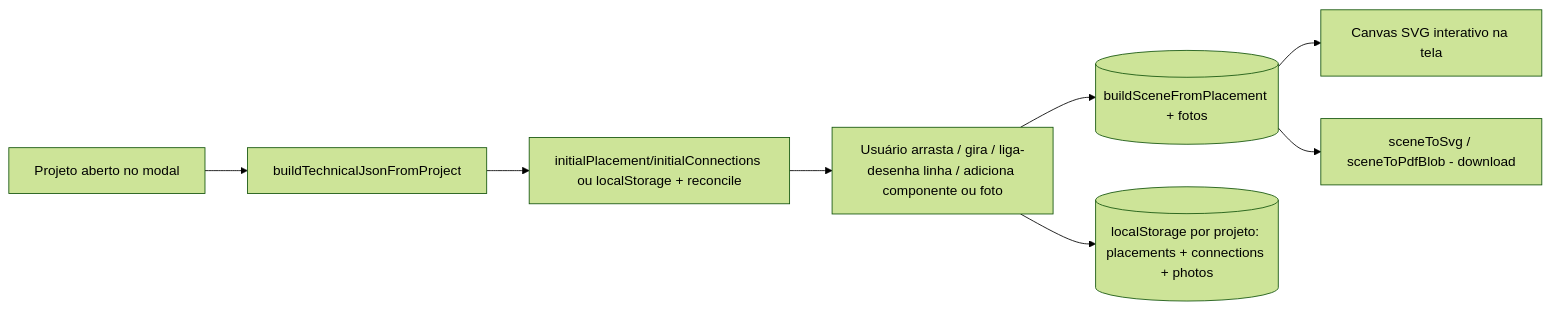
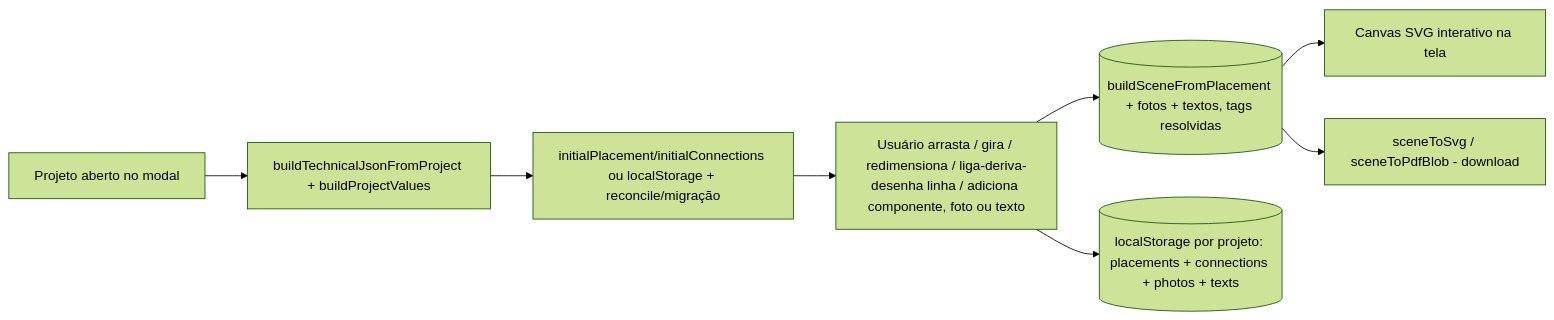
One commit to luixera/pv-harmony-hub changed the diagram in docs/modules/diagrams/overview.md. Above: the diagram before and after it, drawn with Mermaid (forest theme). The commit also changed other lines of this file and 9 other files, not shown here.

````diff
--- a/docs/modules/diagrams/overview.md
+++ b/docs/modules/diagrams/overview.md
@@ -108,10 +161,10 @@
 ```mermaid
 flowchart LR
-  Proj[Projeto aberto no modal] --> Build[buildTechnicalJsonFromProject]
-  Build --> Init[initialPlacement/initialConnections ou localStorage + reconcile]
-  Init --> Edit[Usuário arrasta / gira / liga-desenha linha / adiciona componente ou foto]
-  Edit --> Scene[(buildSceneFromPlacement + fotos)]
+  Proj[Projeto aberto no modal] --> Build[buildTechnicalJsonFromProject + buildProjectValues]
+  Build --> Init[initialPlacement/initialConnections ou localStorage + reconcile/migração]
+  Init --> Edit[Usuário arrasta / gira / redimensiona / liga-deriva-desenha linha / adiciona componente, foto ou texto]
+  Edit --> Scene[(buildSceneFromPlacement + fotos + textos, tags resolvidas)]
   Scene --> Svg[Canvas SVG interativo na tela]
   Scene --> Down[sceneToSvg / sceneToPdfBlob - download]
-  Edit --> LS[(localStorage por projeto: placements + connections + photos)]
+  Edit --> LS[(localStorage por projeto: placements + connections + photos + texts)]
 ```
````
